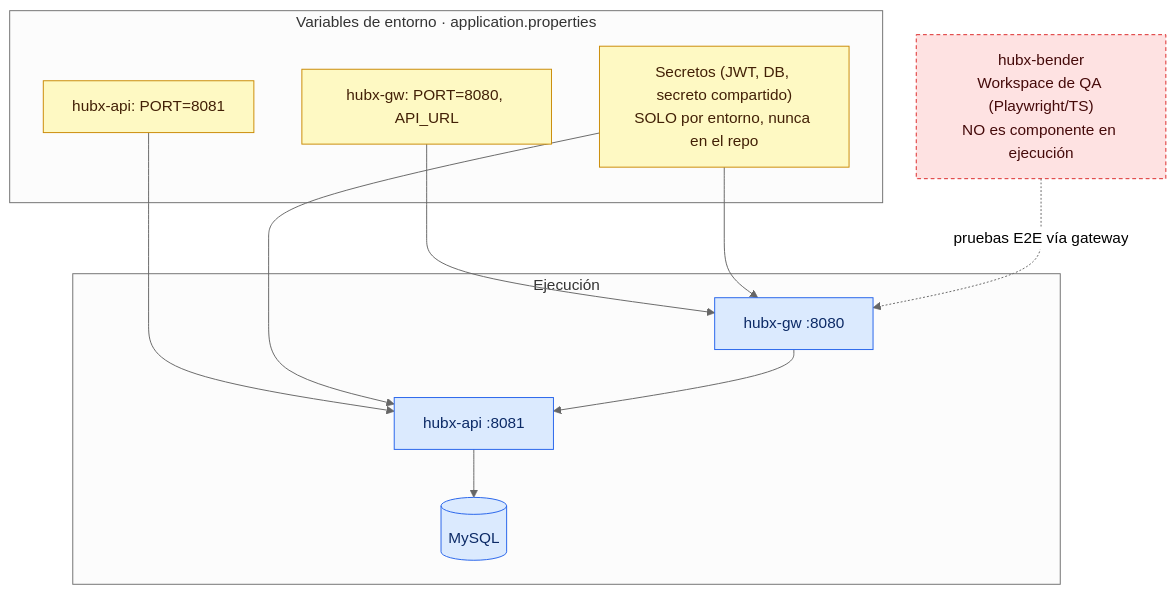
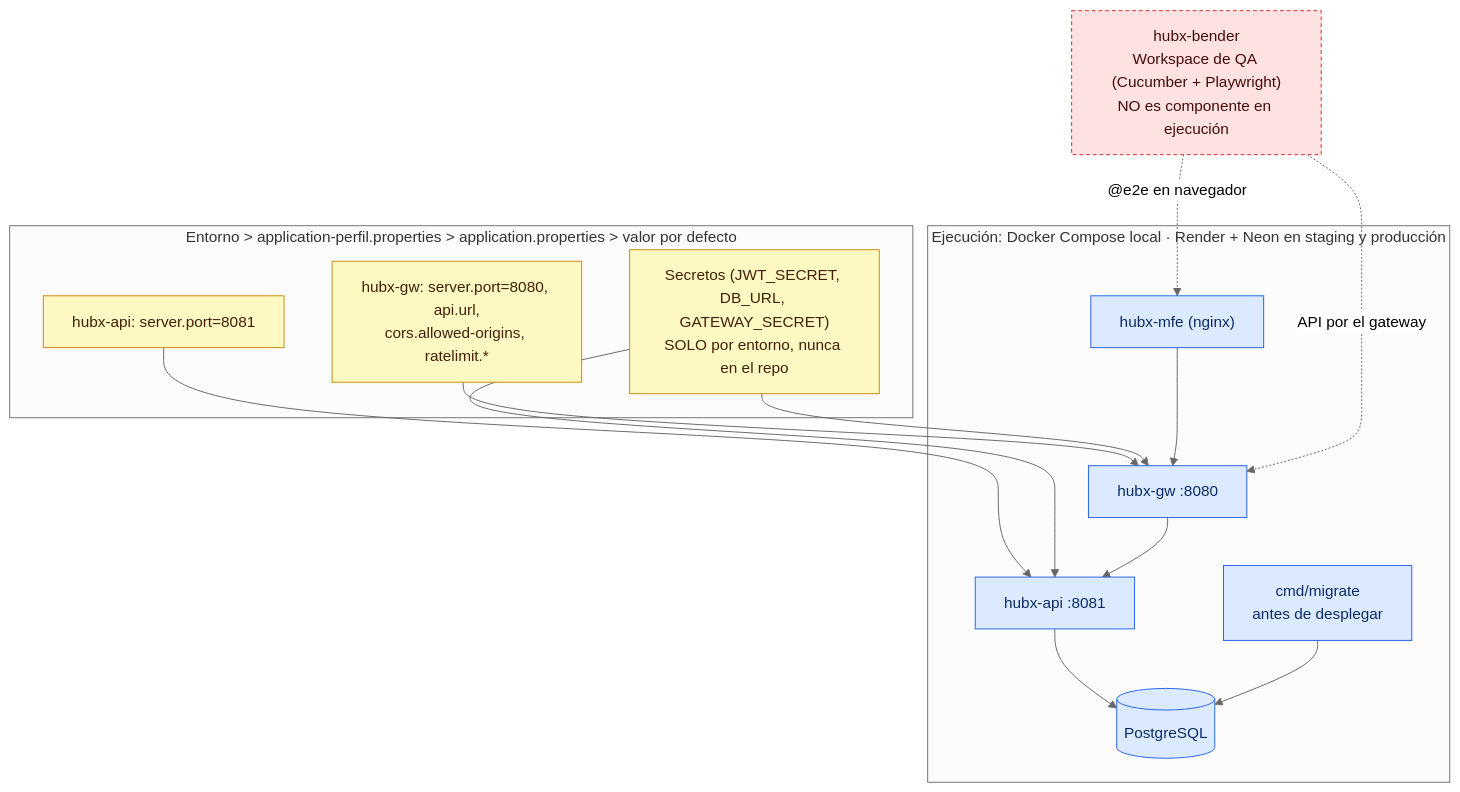
One commit to JairoHGomezCastillo/hubx changed the second of 3 diagrams in docs/diagramas/02-arquitectura.md. Above: the diagram before and after it, drawn with Mermaid (neutral theme). The commit also changed other lines of this file and 6 other files, not shown here.

Commit message:
[agent:hubx-lead] 011 update docs/diagramas to the current state

````diff
--- a/docs/diagramas/02-arquitectura.md
+++ b/docs/diagramas/02-arquitectura.md
@@ -50,30 +68,34 @@
 ```mermaid
 flowchart TB
-    subgraph Env["Variables de entorno · application.properties"]
-        P1["hubx-gw: PORT=8080, API_URL"]
-        P2["hubx-api: PORT=8081"]
-        P3["Secretos (JWT, DB, secreto compartido)<br/>SOLO por entorno, nunca en el repo"]
+    subgraph Env["Entorno > application-perfil.properties > application.properties > valor por defecto"]
+        P1["hubx-gw: server.port=8080, api.url,<br/>cors.allowed-origins, ratelimit.*"]
+        P2["hubx-api: server.port=8081"]
+        P3["Secretos (JWT_SECRET, DB_URL, GATEWAY_SECRET)<br/>SOLO por entorno, nunca en el repo"]
     end
 
-    subgraph Run["Ejecución"]
+    subgraph Run["Ejecución: Docker Compose local · Render + Neon en staging y producción"]
+        MFE2["hubx-mfe (nginx)"]
         GW2["hubx-gw :8080"]
         API2["hubx-api :8081"]
-        DB2[("MySQL")]
+        MIG["cmd/migrate<br/>antes de desplegar"]
+        DB2[("PostgreSQL")]
     end
 
-    BENDER["hubx-bender<br/>Workspace de QA (Playwright/TS)<br/>NO es componente en ejecución"]
+    BENDER["hubx-bender<br/>Workspace de QA (Cucumber + Playwright)<br/>NO es componente en ejecución"]
 
     P1 --> GW2
     P2 --> API2
     P3 --> GW2
     P3 --> API2
-    GW2 --> API2 --> DB2
-    BENDER -.->|"pruebas E2E vía gateway"| GW2
+    MFE2 --> GW2 --> API2 --> DB2
+    MIG --> DB2
+    BENDER -.->|"API por el gateway"| GW2
+    BENDER -.->|"@e2e en navegador"| MFE2
 
     classDef cfg fill:#fef9c3,stroke:#ca8a04,color:#422006;
     classDef run fill:#dbeafe,stroke:#2563eb,color:#0c2a66;
     classDef qa fill:#fee2e2,stroke:#dc2626,color:#450a0a,stroke-dasharray:4 3;
     class P1,P2,P3 cfg;
-    class GW2,API2,DB2 run;
+    class MFE2,GW2,API2,MIG,DB2 run;
     class BENDER qa;
 ```
````
